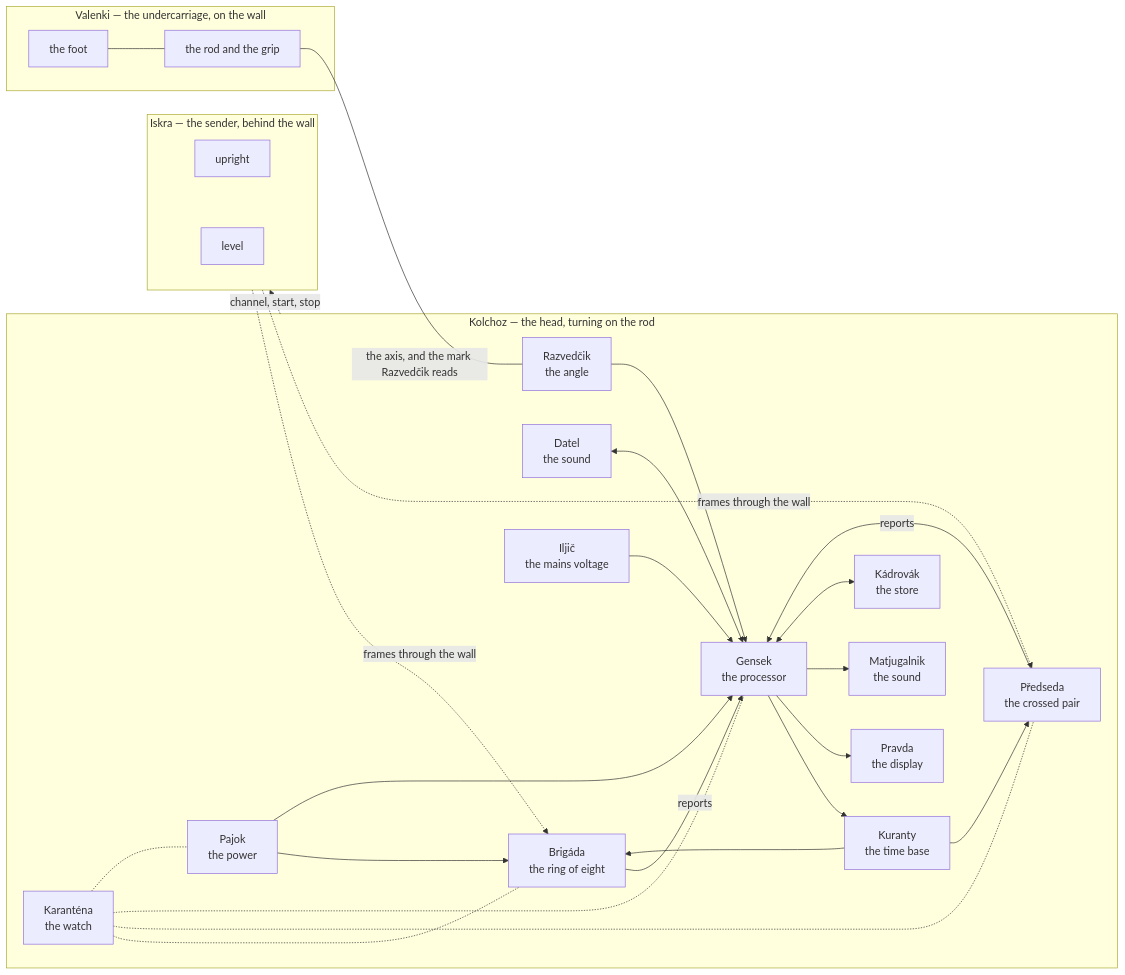
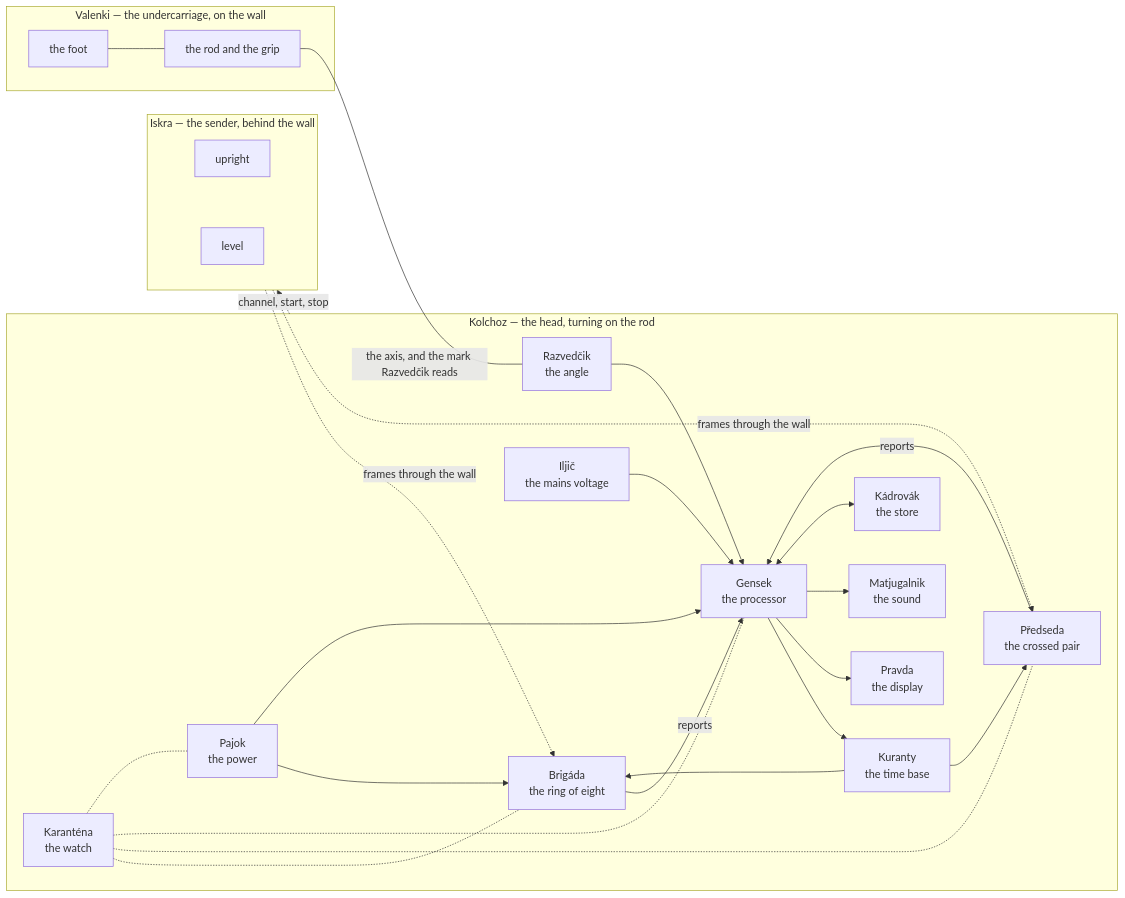
The diagram in architecture.md (Project-NIC/NIC-Sluchalo), drawn with Mermaid before and after one commit. The commit also changed other lines of this file and 6 other files, not shown here.

````diff
--- a/architecture.md
+++ b/architecture.md
@@ -21,26 +21,25 @@
 ```mermaid
 flowchart LR
   subgraph F[Iskra — the sender, behind the wall]
     FA[upright] ~~~ FB[level]
   end
   subgraph V[Valenki — the undercarriage, on the wall]
     VF[the foot] --- VR[the rod and the grip]
   end
   subgraph K[Kolchoz — the head, turning on the rod]
     B[Brigáda<br/>the ring of eight] -->|reports| G[Gensek<br/>the processor]
     PR[Předseda<br/>the crossed pair] -->|reports| G
     C[Kuranty<br/>the time base] --> B & PR
     G --> C
     Q[Karanténa<br/>the watch] -.- B & PR & G & P
-    D[Datel<br/>the sound] <--> G
     R[Razvedčik<br/>the angle] --> G
     I[Iljič<br/>the mains voltage] --> G
     G --> S[Pravda<br/>the display]
     G --> MJ[Matjugalnik<br/>the sound]
     G <--> M[Kádrovák<br/>the store]
     P[Pajok<br/>the power] --> B & G
   end
   F -. frames through the wall .-> B & PR
   K -. channel, start, stop .-> F
   VR -- the axis, and the mark Razvedčik reads --- R
 ```
````
